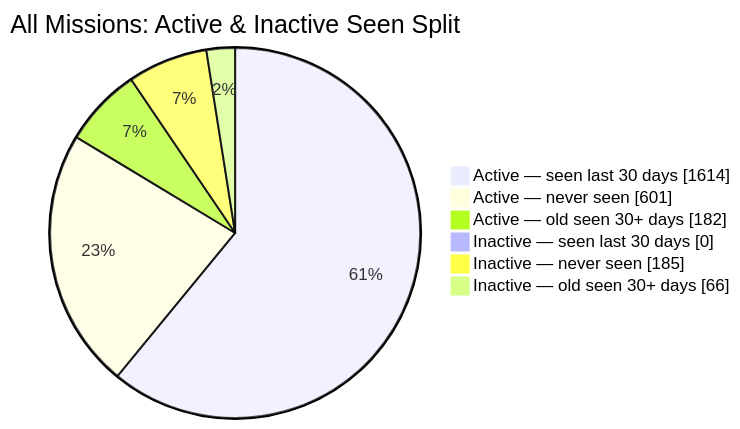
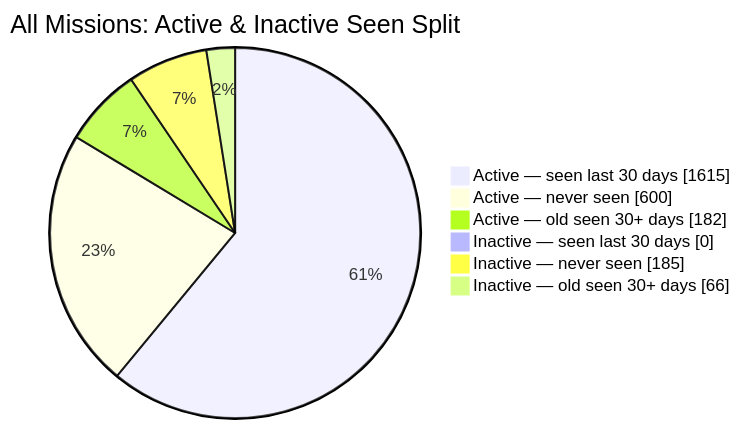
Before and after one commit to MeldkamerspelGameTeam/active-missions: the second of 2 diagrams in README.md, drawn with Mermaid. The commit also changed other lines of this file and 2 other files, not shown here.

````diff
--- a/README.md
+++ b/README.md
@@ -44,10 +44,10 @@
 ```mermaid
 pie showData
     title All Missions: Active & Inactive Seen Split
-    "Active — seen last 30 days" : 1614
-    "Active — never seen" : 601
+    "Active — seen last 30 days" : 1615
+    "Active — never seen" : 600
     "Active — old seen 30+ days" : 182
     "Inactive — seen last 30 days" : 0
     "Inactive — never seen" : 185
     "Inactive — old seen 30+ days" : 66
 ```
````
